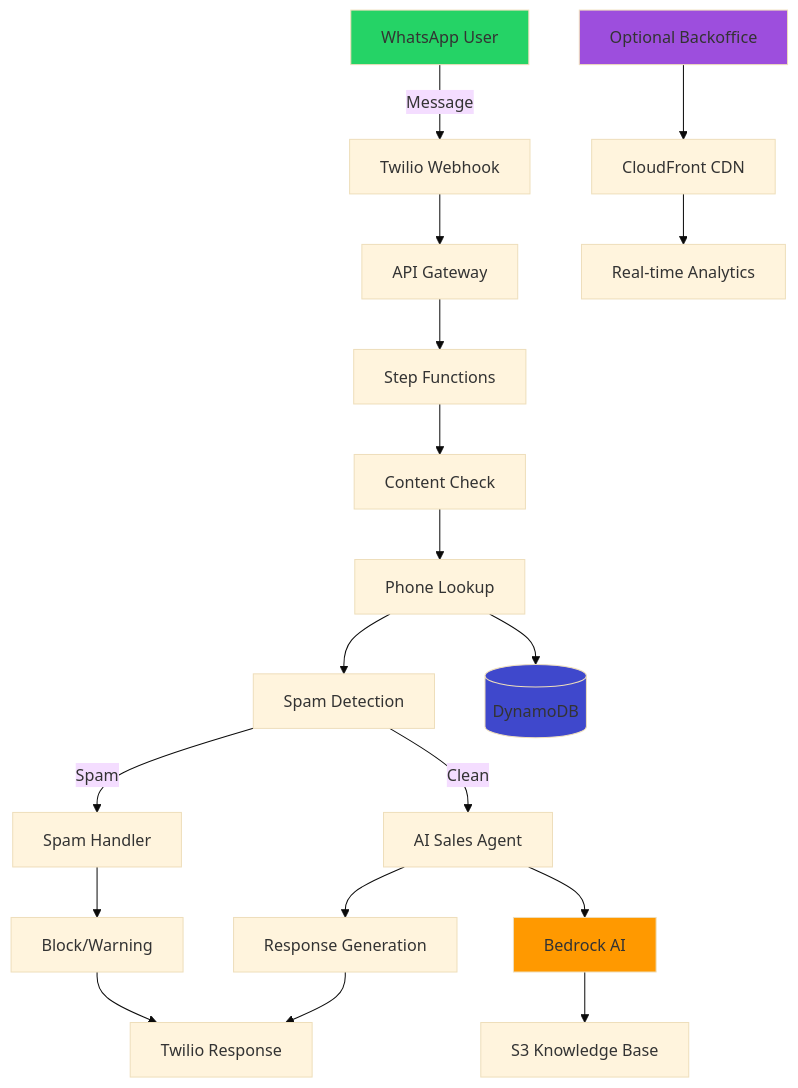
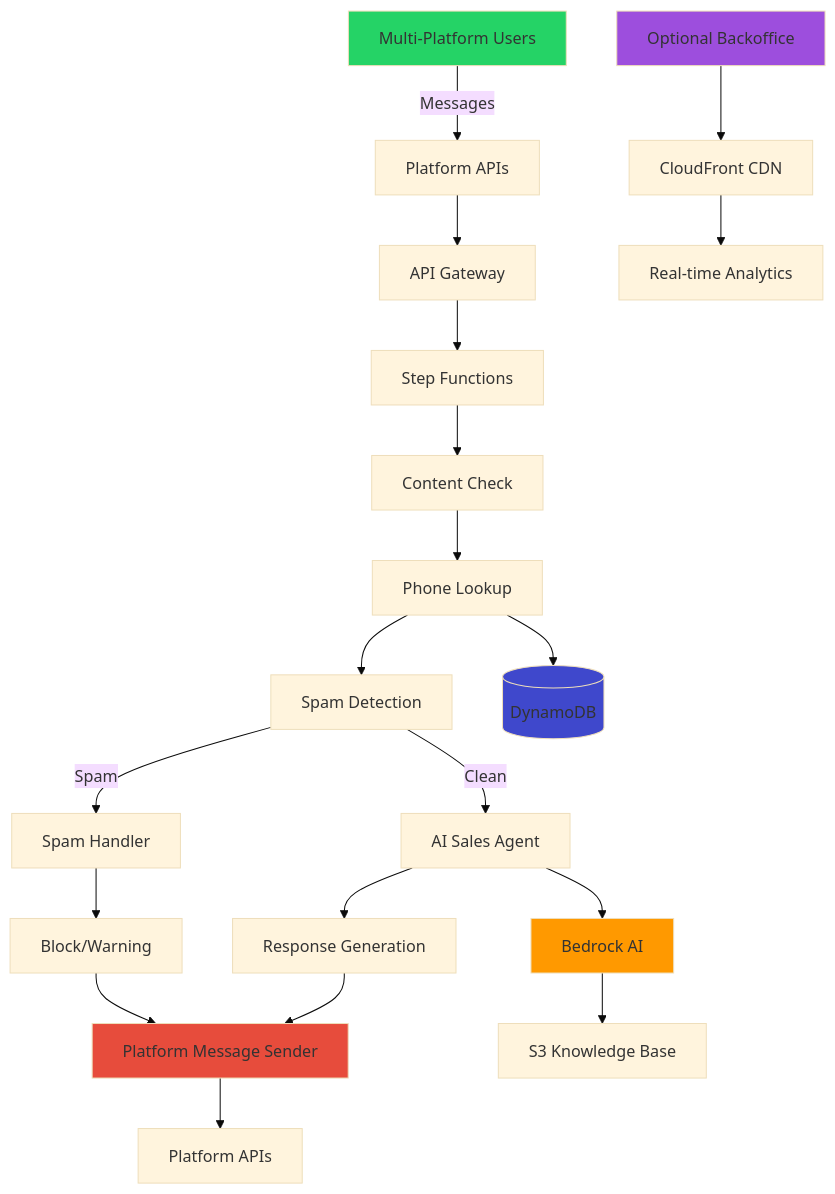
Before and after one commit to Pandas-DB/pandasdb-crm-comm: the diagram in README.md, drawn with Mermaid (base theme). The commit also changed other lines of this file, not shown here.

````diff
--- a/README.md
+++ b/README.md
@@ -326,31 +360,33 @@
 ```mermaid
 graph TB
-    A[WhatsApp User] -->|Message| B[Twilio Webhook]
+    A[Multi-Platform Users] -->|Messages| B[Platform APIs]
     B --> C[API Gateway]
     C --> D[Step Functions]
     
     D --> E[Content Check]
     E --> F[Phone Lookup]
     F --> G[Spam Detection]
     
     G -->|Clean| H[AI Sales Agent]
     G -->|Spam| I[Spam Handler]
     
     H --> J[Response Generation]
     I --> K[Block/Warning]
     
-    J --> L[Twilio Response]
+    J --> L[Platform Message Sender]
     K --> L
+    L --> M[Platform APIs]
     
-    F --> M[(DynamoDB)]
-    H --> N[Bedrock AI]
-    N --> O[S3 Knowledge Base]
+    F --> N[(DynamoDB)]
+    H --> O[Bedrock AI]
+    O --> P[S3 Knowledge Base]
     
-    P[Optional Backoffice] --> Q[CloudFront CDN]
-    Q --> R[Real-time Analytics]
+    Q[Optional Backoffice] --> R[CloudFront CDN]
+    R --> S[Real-time Analytics]
     
     style A fill:#25D366
-    style N fill:#FF9900
-    style M fill:#3F48CC
-    style P fill:#9D4EDD
+    style O fill:#FF9900
+    style N fill:#3F48CC
+    style Q fill:#9D4EDD
+    style L fill:#E74C3C
 ```
````
